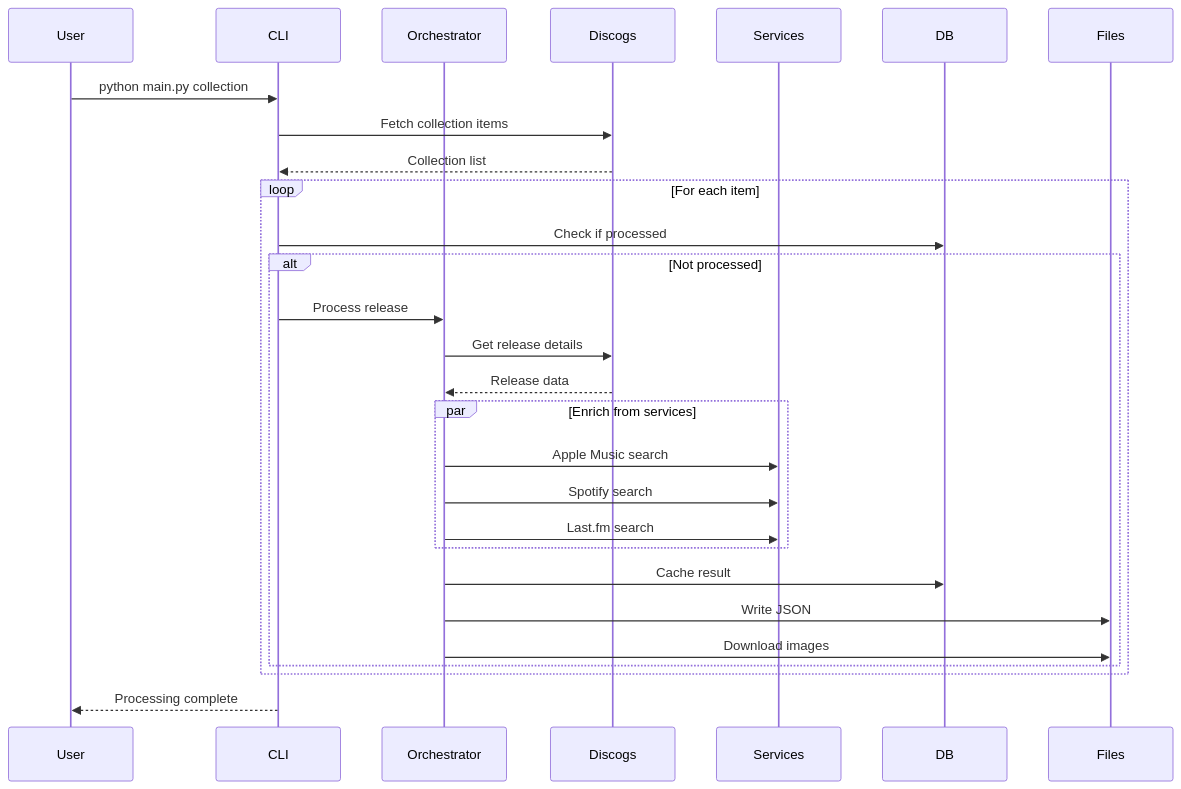
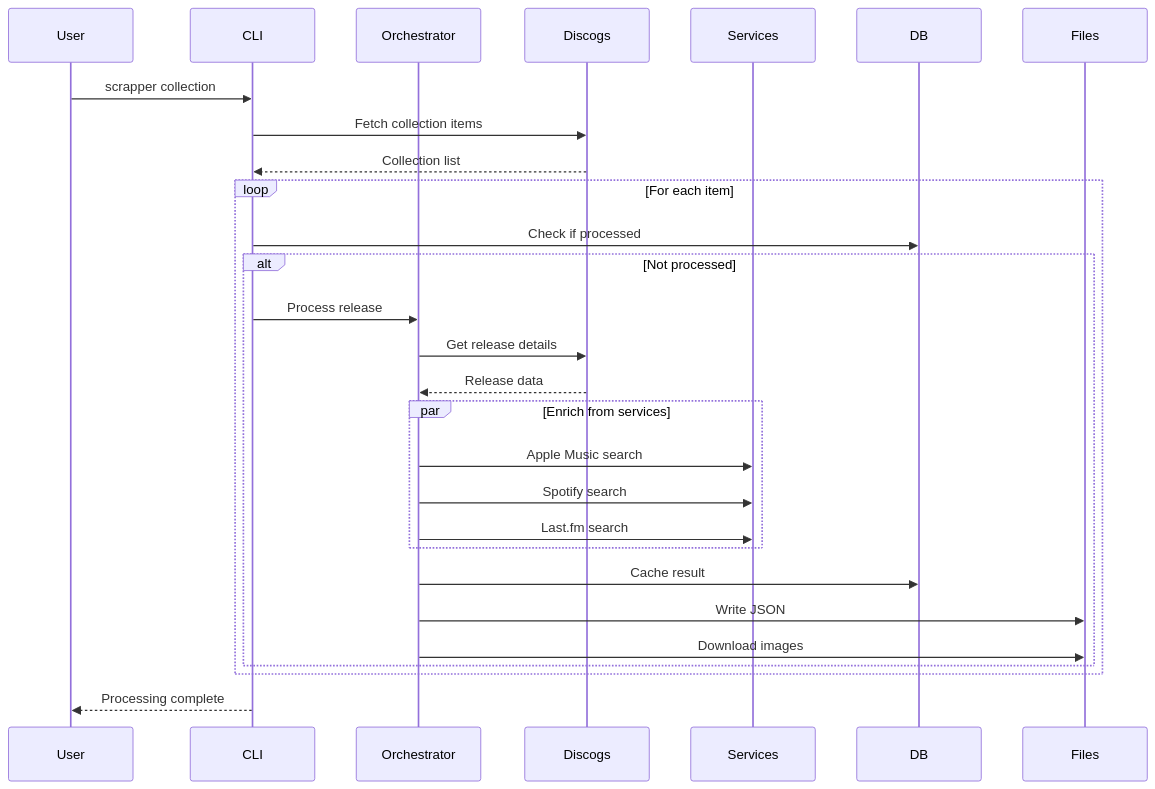
Before and after one commit to russmckendrick/russ-fm: the second of 2 diagrams in docs/backend/README.md, drawn with Mermaid. The commit also changed other lines of this file and 1137 other files, not shown here.

First line of the commit message:
✨ feat(scrapper): TUI overhaul + artist enrichment, local install, retire Python backend

````diff
--- a/docs/backend/README.md
+++ b/docs/backend/README.md
@@ -208,35 +196,35 @@
 ```mermaid
 sequenceDiagram
     participant User
     participant CLI
     participant Orchestrator
     participant Discogs
     participant Services
     participant DB
     participant Files
 
-    User->>CLI: python main.py collection
+    User->>CLI: scrapper collection
     CLI->>Discogs: Fetch collection items
     Discogs-->>CLI: Collection list
 
     loop For each item
         CLI->>DB: Check if processed
         alt Not processed
             CLI->>Orchestrator: Process release
             Orchestrator->>Discogs: Get release details
             Discogs-->>Orchestrator: Release data
 
             par Enrich from services
                 Orchestrator->>Services: Apple Music search
                 Orchestrator->>Services: Spotify search
                 Orchestrator->>Services: Last.fm search
             end
 
             Orchestrator->>DB: Cache result
             Orchestrator->>Files: Write JSON
             Orchestrator->>Files: Download images
         end
     end
 
     CLI-->>User: Processing complete
 ```
````
